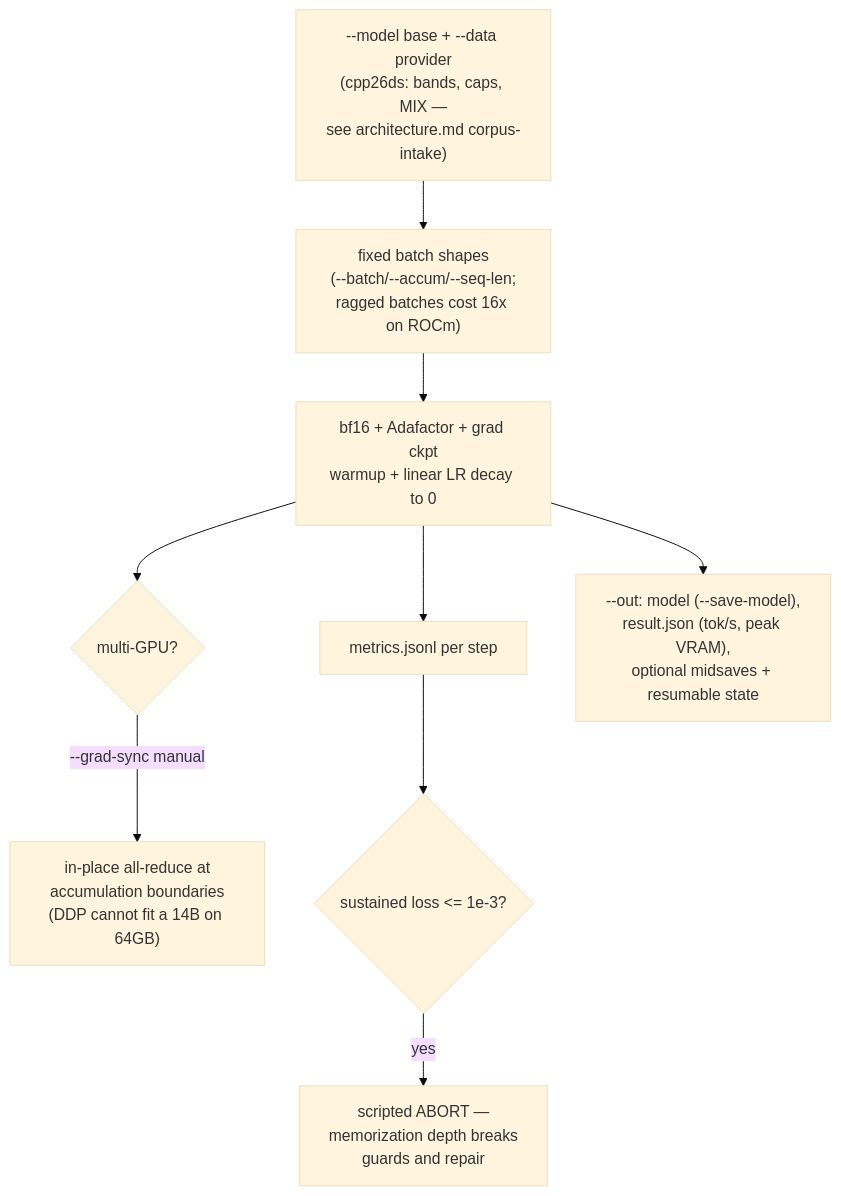
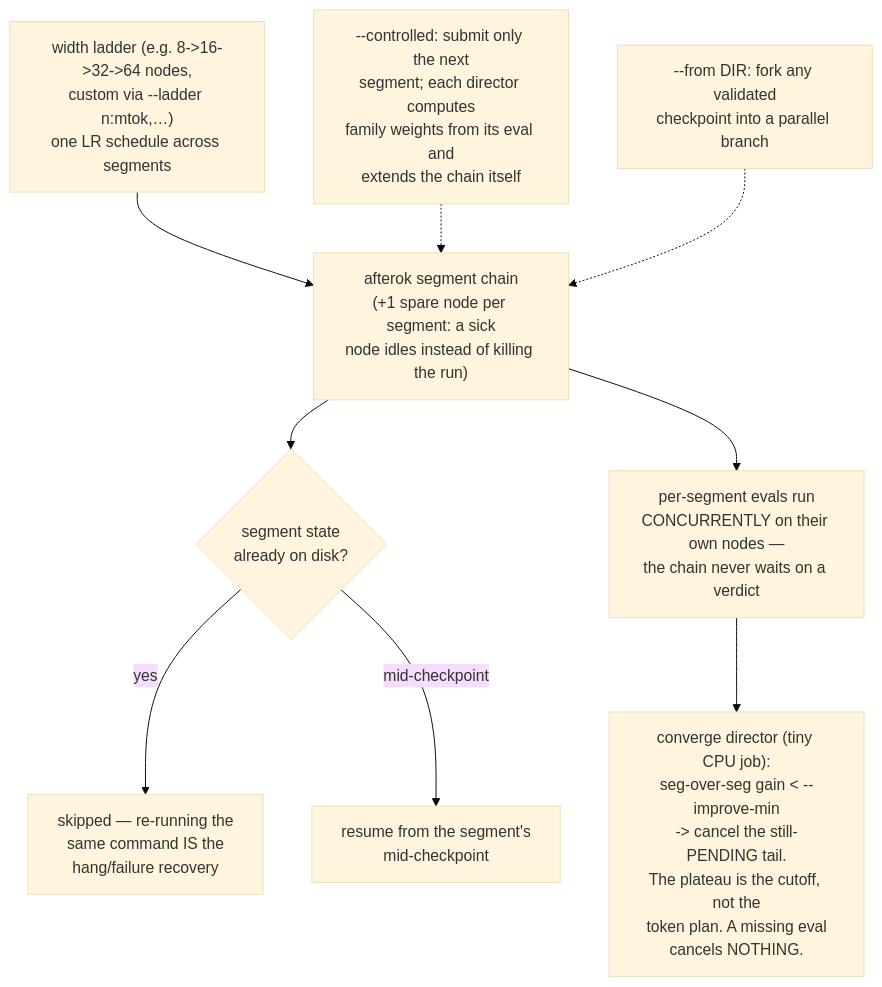
Before and after one commit to storax-io/storax-ai-train-rocm: the third of 5 diagrams in docs/cli.md, drawn with Mermaid (base theme). The commit also changed other lines of this file and 3 other files, not shown here.

````diff
--- a/docs/cli.md
+++ b/docs/cli.md
@@ -35,11 +61,11 @@
 ```mermaid
 flowchart TB
-    IN["--model base + --data provider<br/>(cpp26ds: bands, caps, MIX —<br/>see architecture.md corpus-intake)"] --> MB["fixed batch shapes<br/>(--batch/--accum/--seq-len;<br/>ragged batches cost 16x on ROCm)"]
-    MB --> ST["bf16 + Adafactor + grad ckpt<br/>warmup + linear LR decay to 0"]
-    ST --> SYNC{"multi-GPU?"}
-    SYNC -- "--grad-sync manual" --> AR["in-place all-reduce at<br/>accumulation boundaries<br/>(DDP cannot fit a 14B on 64GB)"]
-    ST --> LG["metrics.jsonl per step"]
-    LG --> AB{"sustained loss <= 1e-3?"}
-    AB -- yes --> KILL["scripted ABORT —<br/>memorization depth breaks<br/>guards and repair"]
-    ST --> OUT["--out: model (--save-model),<br/>result.json (tok/s, peak VRAM),<br/>optional midsaves + resumable state"]
+    LAD["width ladder (e.g. 8->16->32->64 nodes,<br/>custom via --ladder n:mtok,…)<br/>one LR schedule across segments"] --> SEGS["afterok segment chain<br/>(+1 spare node per segment: a sick<br/>node idles instead of killing the run)"]
+    SEGS --> IDEM{"segment state<br/>already on disk?"}
+    IDEM -- yes --> SKIP["skipped — re-running the<br/>same command IS the<br/>hang/failure recovery"]
+    IDEM -- "mid-checkpoint" --> MID["resume from the segment's<br/>mid-checkpoint"]
+    SEGS --> CEVAL["per-segment evals run<br/>CONCURRENTLY on their own nodes —<br/>the chain never waits on a verdict"]
+    CEVAL --> CONV["converge director (tiny CPU job):<br/>seg-over-seg gain < --improve-min<br/>-> cancel the still-PENDING tail.<br/>The plateau is the cutoff, not the<br/>token plan. A missing eval<br/>cancels NOTHING."]
+    CTRL["--controlled: submit only the next<br/>segment; each director computes<br/>family weights from its eval and<br/>extends the chain itself"] -.-> SEGS
+    FORK["--from DIR: fork any validated<br/>checkpoint into a parallel branch"] -.-> SEGS
 ```
````
